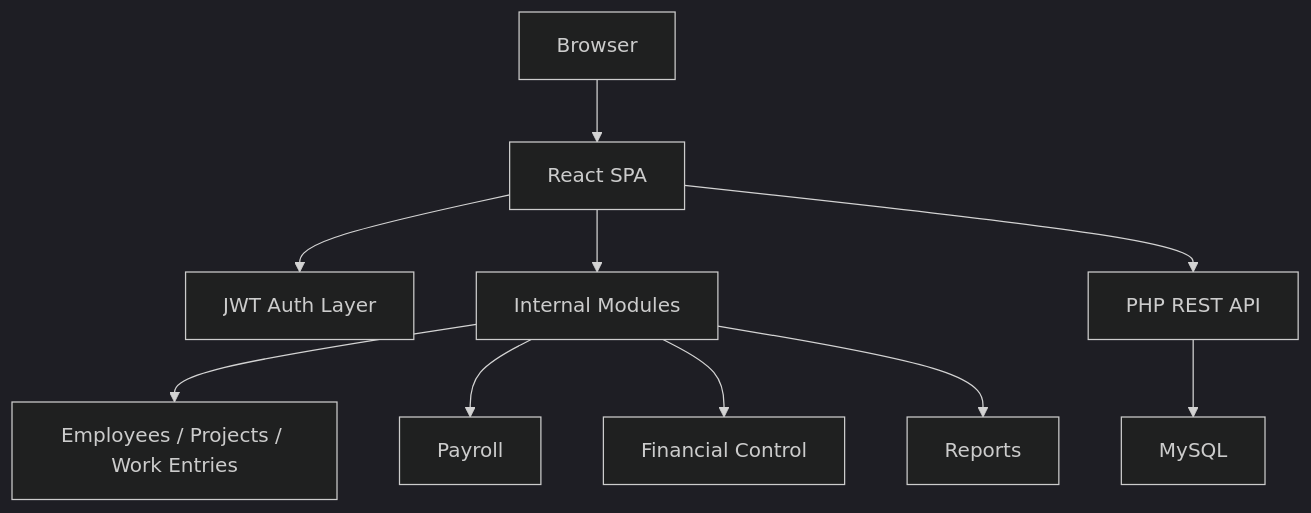
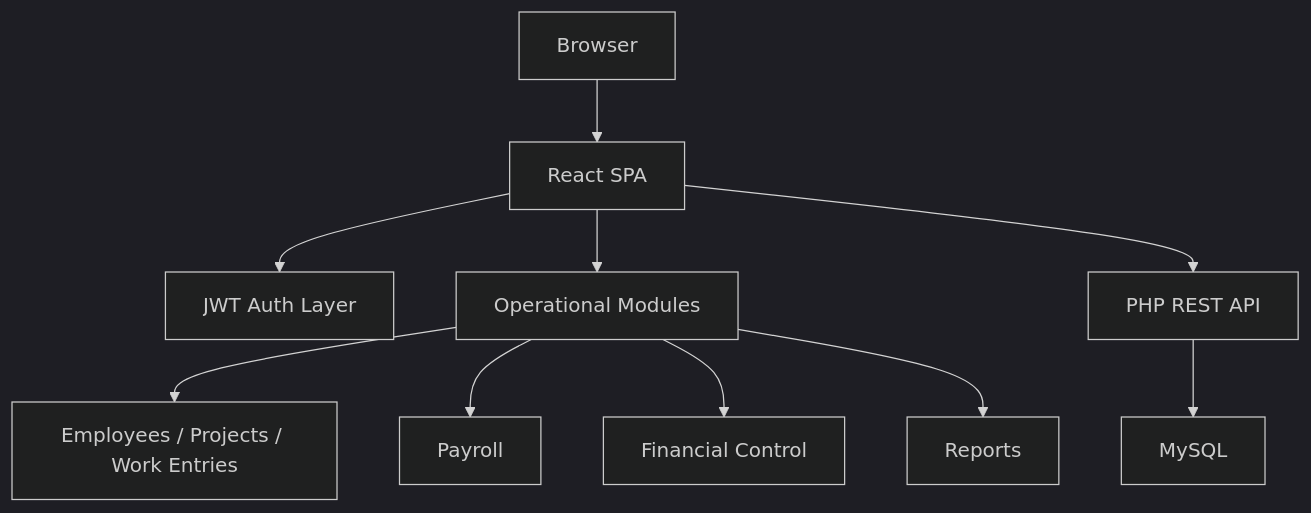
One commit to Robertgaraban/nominas-showcase changed the diagram in README.md. Above: the diagram before and after it, drawn with Mermaid (dark theme). The commit also changed other lines of this file and 2 other files, not shown here.

````diff
--- a/README.md
+++ b/README.md
@@ -251,12 +109,12 @@
 ```mermaid
 flowchart TD
     A["Browser"] --> B["React SPA"]
     B --> C["JWT Auth Layer"]
-    B --> D["Internal Modules"]
+    B --> D["Operational Modules"]
     D --> E["Employees / Projects / Work Entries"]
     D --> F["Payroll"]
     D --> G["Financial Control"]
     D --> H["Reports"]
     B --> I["PHP REST API"]
     I --> J["MySQL"]
 ```
````
